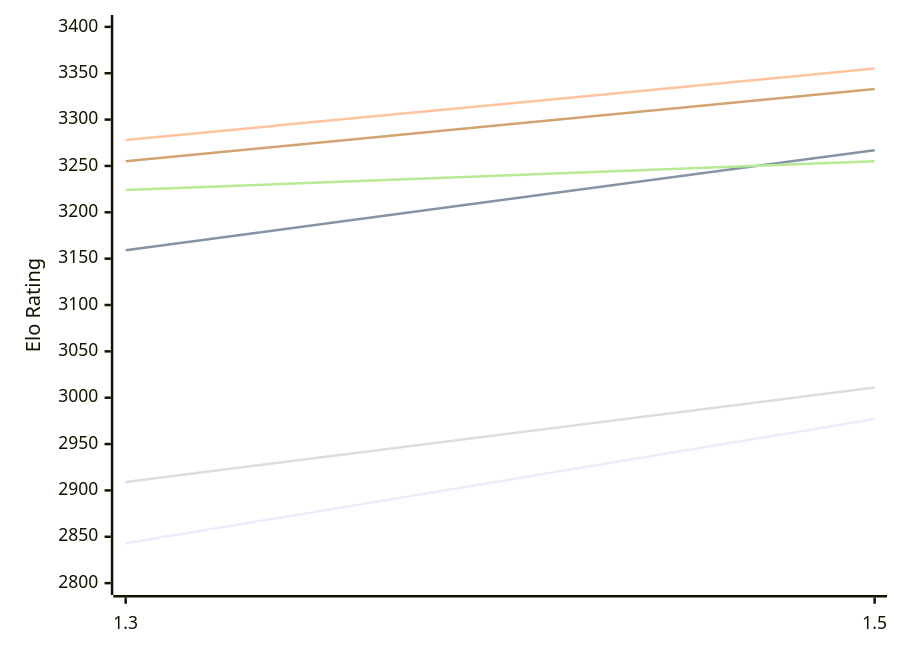
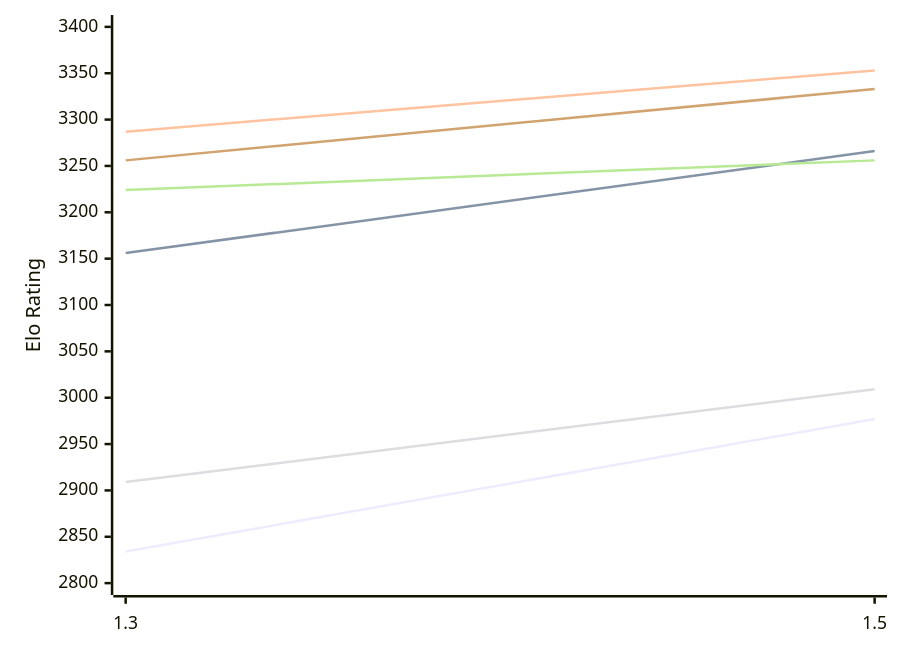
One commit to computer-chess-index/cci changed the first of 2 diagrams in engines/Lambergar.md. Above: the diagram before and after it, drawn with Mermaid. The commit also changed other lines of this file, not shown here.

Commit message:
Update CCI Ratings (ELO VLTC) - 2026-11-28

````diff
--- a/engines/Lambergar.md
+++ b/engines/Lambergar.md
@@ -50,12 +50,12 @@
 ```mermaid
 %%{init: {"theme":"base","themeVariables":{"seriesColors:['#a3a3a3','#222221','#faa371']}}}%%
 xychart-beta
   x-axis ["1.3", "1.5"]
   y-axis "Elo Rating" 2800 --> 3400
-  line "E1: STC (8.0+0.08s)" [2843, 2977]
-  line "E1: LTC (60.0+0.60s)" [3159, 3267]
-  line "E1: VLTC (2m24s+1.12s)" [3278, 3355]
-  line "P1: STC (8.0+0.08s)" [2909, 3011]
-  line "P1: LTC (60.0+0.60s)" [3224, 3255]
-  line "P1: VLTC (2m24s+1.12s)" [3255, 3333]
+  line "E1: STC (8.0+0.08s)" [2834, 2977]
+  line "E1: LTC (60.0+0.60s)" [3156, 3266]
+  line "E1: VLTC (2m24s+1.12s)" [3287, 3353]
+  line "P1: STC (8.0+0.08s)" [2909, 3009]
+  line "P1: LTC (60.0+0.60s)" [3224, 3256]
+  line "P1: VLTC (2m24s+1.12s)" [3256, 3333]
 ```
````
